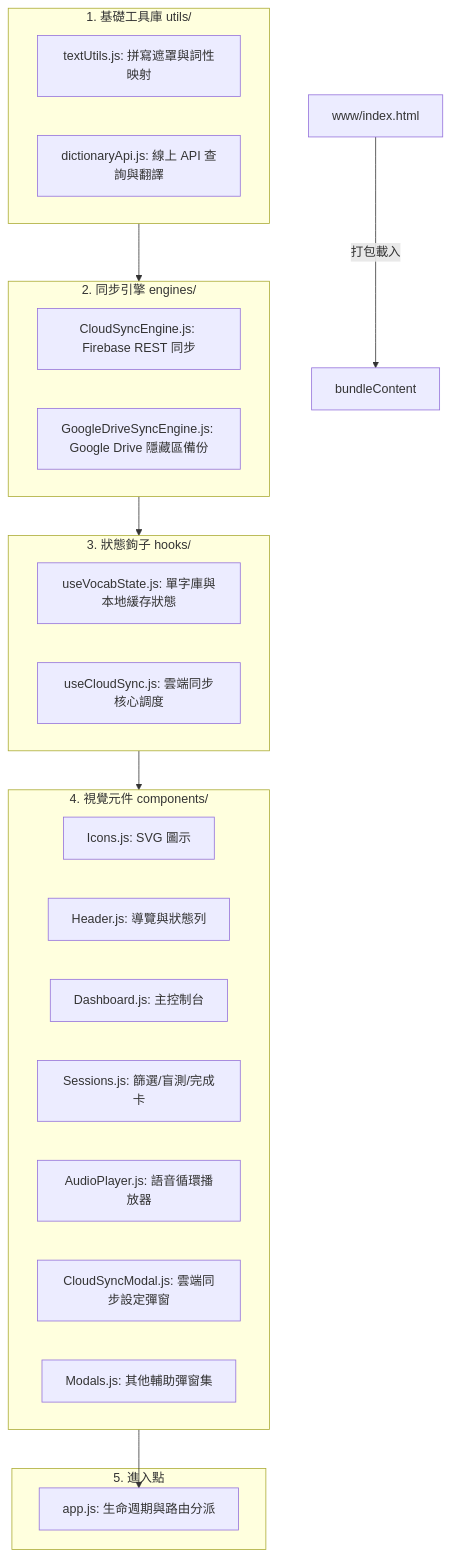
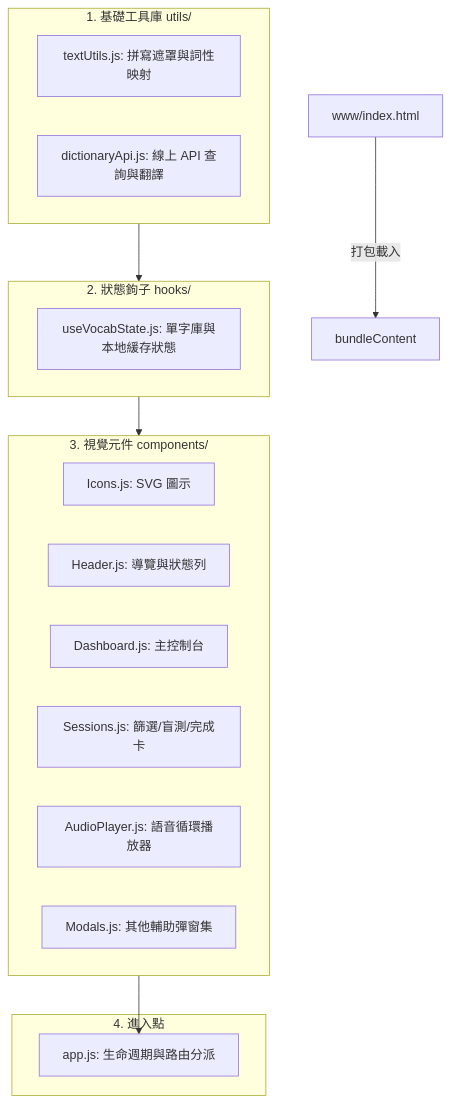
The diagram in DEVELOPMENT_GUIDE.md (leohong/VocabTool-App), drawn with Mermaid before and after one commit. The commit also changed other lines of this file and 10 other files, not shown here.

Commit message:
Refactor: remove obsolete cloud sync codes and modals, migrate to pure offline mode

````diff
--- a/DEVELOPMENT_GUIDE.md
+++ b/DEVELOPMENT_GUIDE.md
@@ -11,38 +11,30 @@
 ```mermaid
 graph TD
     index.html[www/index.html] -->|打包載入| bundle[bundleContent]
     
     subgraph Utils [1. 基礎工具庫 utils/]
         textUtils.js[textUtils.js: 拼寫遮罩與詞性映射]
         dictionaryApi.js[dictionaryApi.js: 線上 API 查詢與翻譯]
     end
     
-    subgraph Engines [2. 同步引擎 engines/]
-        CloudSyncEngine.js[CloudSyncEngine.js: Firebase REST 同步]
-        GoogleDriveSyncEngine.js[GoogleDriveSyncEngine.js: Google Drive 隱藏區備份]
+    subgraph Hooks [2. 狀態鉤子 hooks/]
+        useVocabState.js[useVocabState.js: 單字庫與本地緩存狀態]
     end
     
-    subgraph Hooks [3. 狀態鉤子 hooks/]
-        useVocabState.js[useVocabState.js: 單字庫與本地緩存狀態]
-        useCloudSync.js[useCloudSync.js: 雲端同步核心調度]
-    end
-    
-    subgraph Components [4. 視覺元件 components/]
+    subgraph Components [3. 視覺元件 components/]
         Icons.js[Icons.js: SVG 圖示]
         Header.js[Header.js: 導覽與狀態列]
         Dashboard.js[Dashboard.js: 主控制台]
         Sessions.js[Sessions.js: 篩選/盲測/完成卡]
         AudioPlayer.js[AudioPlayer.js: 語音循環播放器]
-        CloudSyncModal.js[CloudSyncModal.js: 雲端同步設定彈窗]
         Modals.js[Modals.js: 其他輔助彈窗集]
     end
     
-    subgraph Entrypoint [5. 進入點]
+    subgraph Entrypoint [4. 進入點]
         app.js[app.js: 生命週期與路由分派]
     end
     
-    Utils --> Engines
-    Engines --> Hooks
+    Utils --> Hooks
     Hooks --> Components
     Components --> app.js
 ```
````
